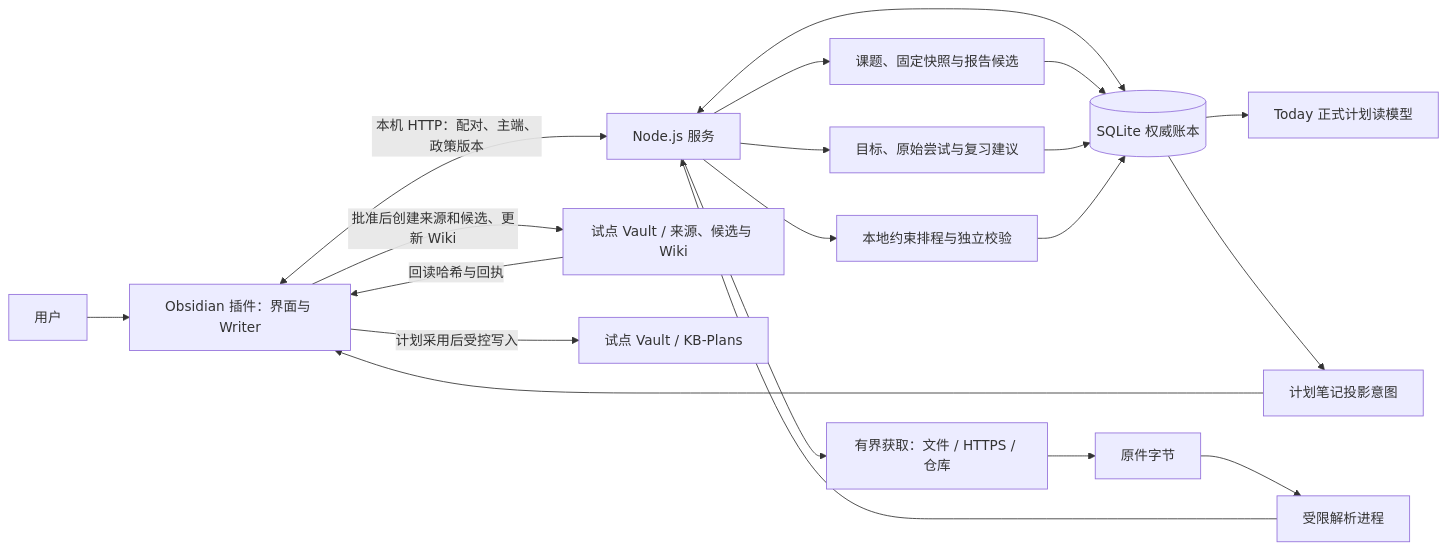
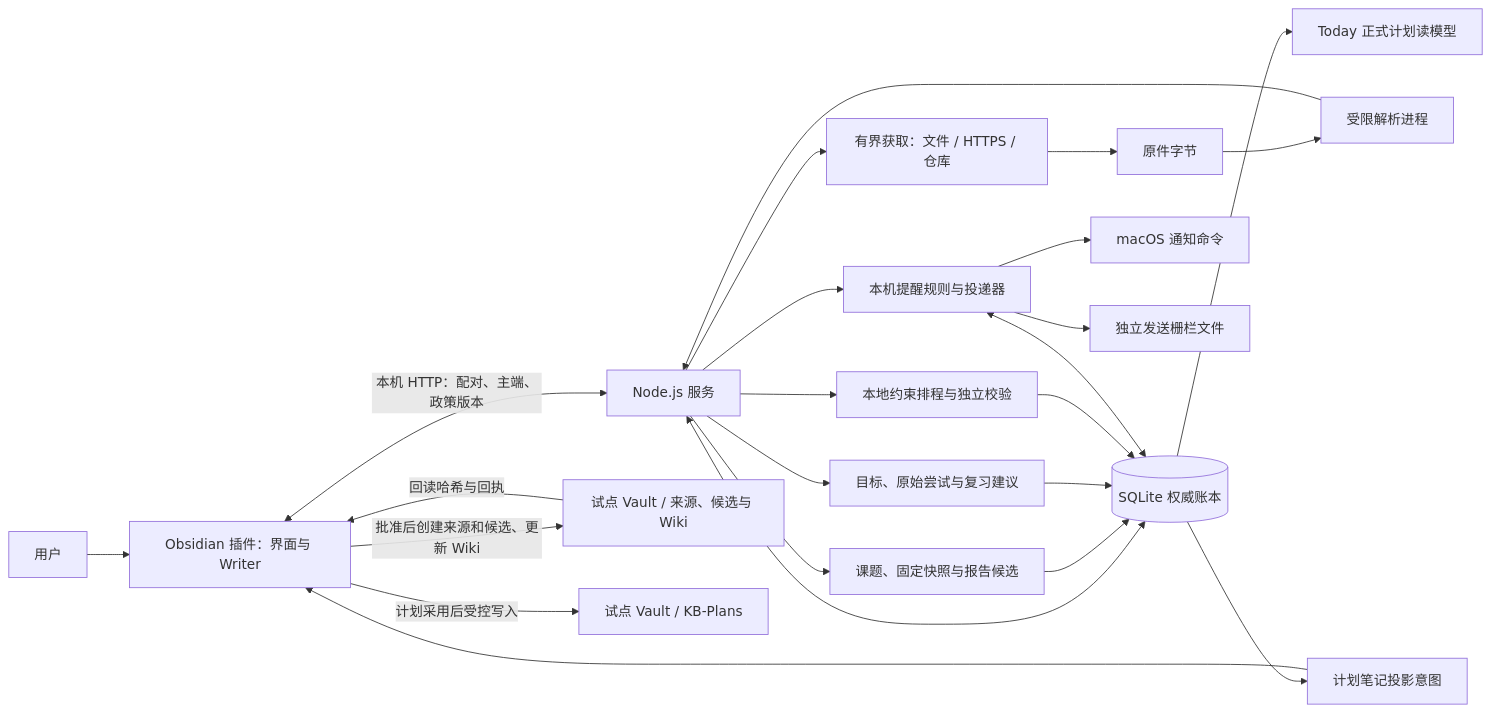
Before and after one commit to liuxing95/repository: the first of 2 diagrams in docs/development/onboarding.md, drawn with Mermaid. The commit also changed other lines of this file and 31 other files, not shown here.

````diff
--- a/docs/development/onboarding.md
+++ b/docs/development/onboarding.md
@@ -133,22 +134,26 @@
 ```mermaid
 flowchart LR
   User[用户] --> Plugin[Obsidian 插件：界面与 Writer]
   Plugin <-->|本机 HTTP：配对、主端、政策版本| Service[Node.js 服务]
   Service <--> DB[(SQLite 权威账本)]
   Service --> Fetch[有界获取：文件 / HTTPS / 仓库]
   Fetch --> Raw[原件字节]
   Raw --> Parser[受限解析进程]
   Parser --> Service
   Service --> Research[课题、固定快照与报告候选]
   Research --> DB
   Service --> Learning[目标、原始尝试与复习建议]
   Learning --> DB
   Service --> Planning[本地约束排程与独立校验]
   Planning --> DB
+  Service --> Reminders[本机提醒规则与投递器]
+  Reminders <--> DB
+  Reminders --> Mac[macOS 通知命令]
+  Reminders --> Fence[独立发送栅栏文件]
   DB --> Today[Today 正式计划读模型]
   DB --> PlanOutbox[计划笔记投影意图]
   PlanOutbox --> Plugin
   Plugin -->|批准后创建来源和候选、更新 Wiki| Vault[试点 Vault / 来源、候选与 Wiki]
   Plugin -->|计划采用后受控写入| PlanFiles[试点 Vault / KB-Plans]
   Vault -->|回读哈希与回执| Plugin
 ```
````
